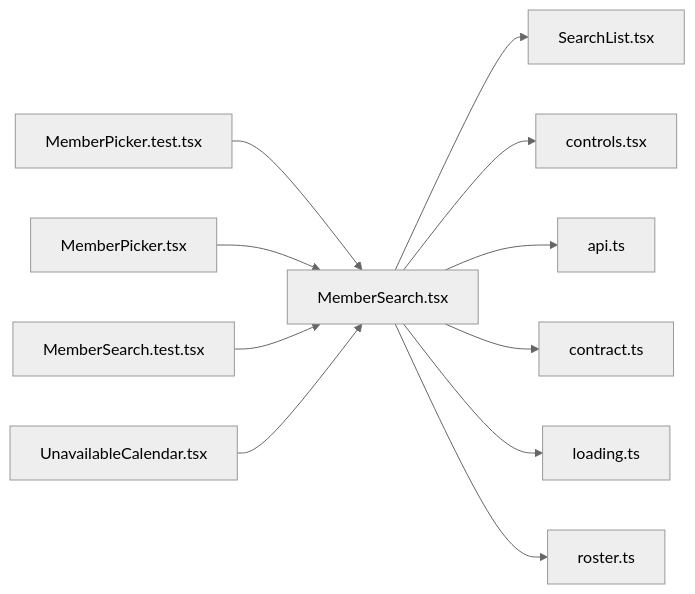
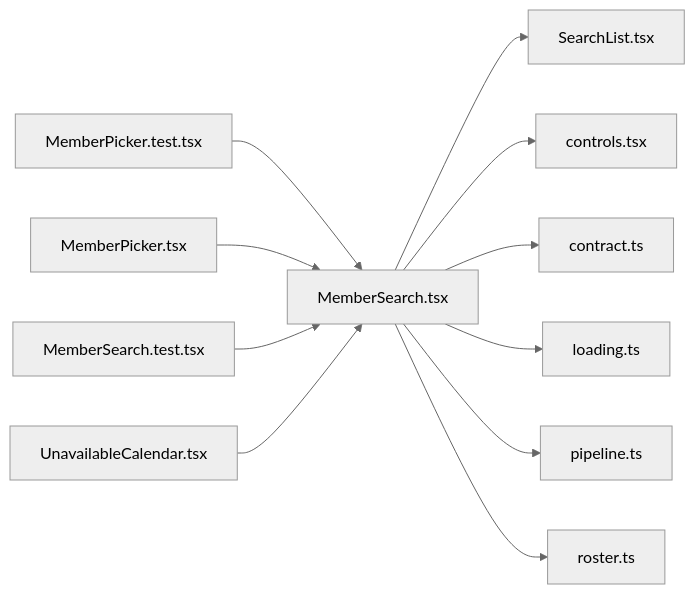
One commit to minkong-dev/Banblit changed the diagram in .cluedoc/graph/frontend/src/components/MemberSearch.md. Above: the diagram before and after it, drawn with Mermaid (neutral theme). The commit also changed other lines of this file and 17 other files, not shown here.

First line of the commit message:
frontend: route board server calls through pipeline and test the upload-then-publish order

````diff
--- a/.cluedoc/graph/frontend/src/components/MemberSearch.md
+++ b/.cluedoc/graph/frontend/src/components/MemberSearch.md
@@ -10,14 +10,14 @@
 ```mermaid
 flowchart LR
   frontend_src_components_MemberSearch["MemberSearch.tsx"]
   frontend_src_components_MemberSearch --> frontend_src_components_SearchList["SearchList.tsx"]
   frontend_src_components_MemberSearch --> frontend_src_components_controls["controls.tsx"]
-  frontend_src_components_MemberSearch --> frontend_src_lib_api["api.ts"]
   frontend_src_components_MemberSearch --> frontend_src_lib_contract["contract.ts"]
   frontend_src_components_MemberSearch --> frontend_src_lib_loading["loading.ts"]
+  frontend_src_components_MemberSearch --> frontend_src_lib_pipeline["pipeline.ts"]
   frontend_src_components_MemberSearch --> frontend_src_lib_roster["roster.ts"]
   frontend_src_components_MemberPicker_test["MemberPicker.test.tsx"] --> frontend_src_components_MemberSearch
   frontend_src_components_MemberPicker["MemberPicker.tsx"] --> frontend_src_components_MemberSearch
   frontend_src_components_MemberSearch_test["MemberSearch.test.tsx"] --> frontend_src_components_MemberSearch
   frontend_src_routes_UnavailableCalendar["UnavailableCalendar.tsx"] --> frontend_src_components_MemberSearch
 ```
````
